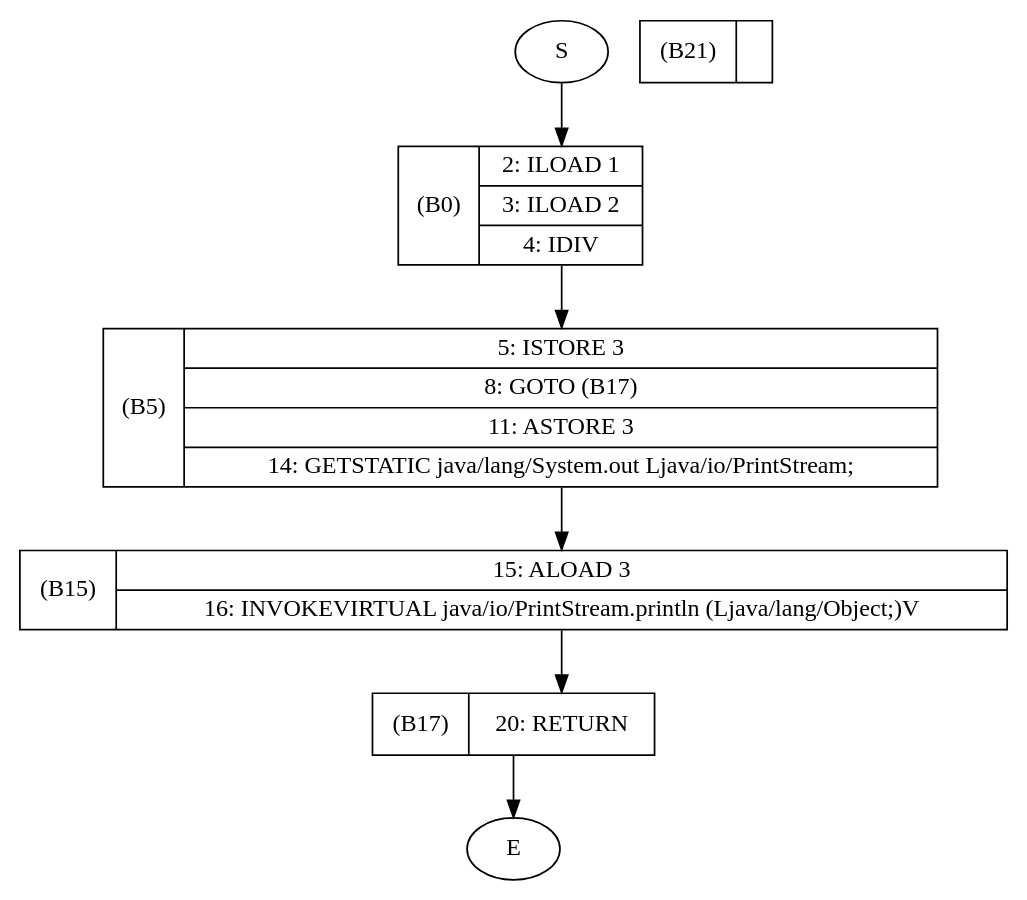
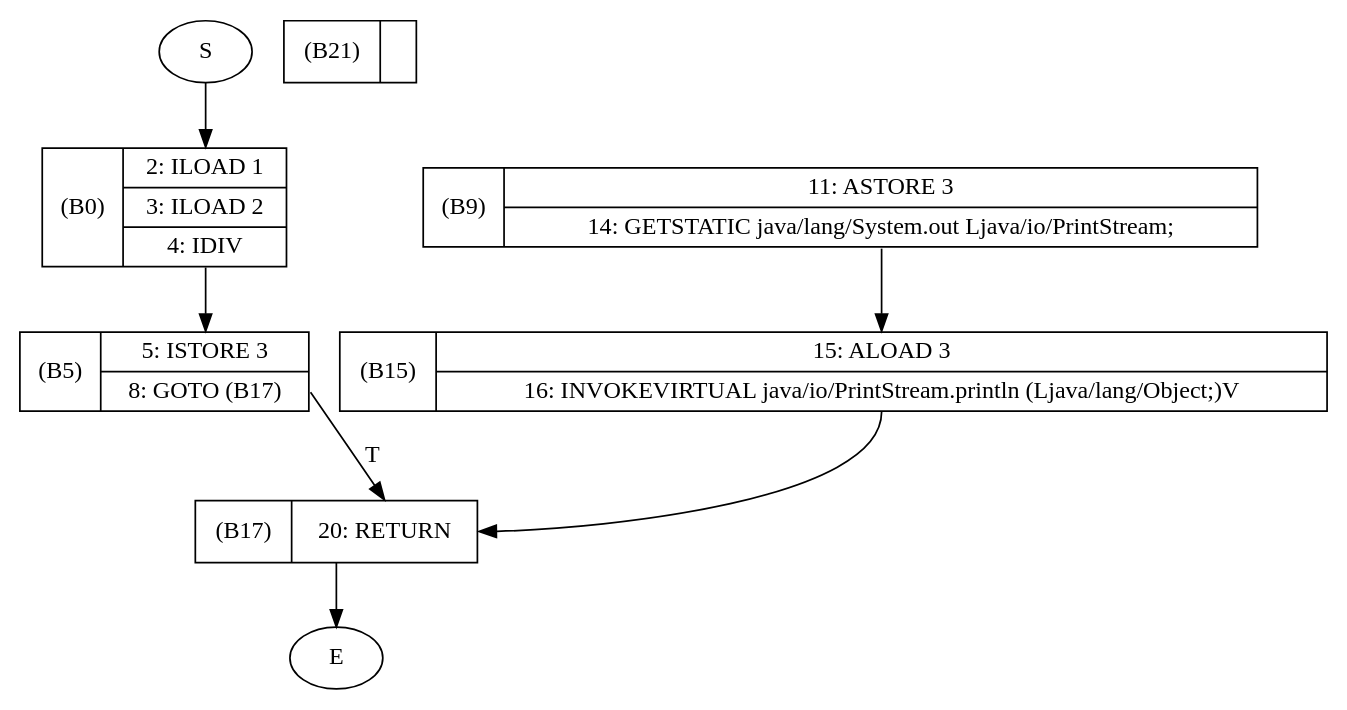
The diagram in ExampleClass_catchOne.gv (giacomo-dr/SpLab05), drawn with Graphviz before and after one commit. The commit also changed 1 other file, not shown here.

```diff
--- a/ExampleClass_catchOne.gv
+++ b/ExampleClass_catchOne.gv
@@ -1,35 +1,41 @@
 digraph ExampleClass_catchOne {
 	node [shape=record]
 	S [label="S", shape=ellipse]
 	S:<bottom> -> B0:<top> [label=""]
 
 	B0 [
 		label="\(B0\) | { <top> 2: ILOAD 1 |3: ILOAD 2 | <bottom> 4: IDIV  }"
 		]
 
 	B0:<bottom> -> B5:<top> [label=""]
 
 	B17 [
 		label="\(B17\) | { <top> 20: RETURN  }"
 		]
 
 	B17:<bottom> -> E:<top> [label=""]
 
 	B5 [
-		label="\(B5\) | { <top> 5: ISTORE 3 |8: GOTO (B17) |11: ASTORE 3 | <bottom> 14: GETSTATIC java/lang/System.out Ljava/io/PrintStream; }"
+		label="\(B5\) | { <top> 5: ISTORE 3 | <bottom> 8: GOTO (B17) }"
 		]
 
-	B5:<bottom> -> B15:<top> [label=""]
+	B5:<bottom> -> B17:<top> [label="T"]
 
 	B21 [
 		label="\(B21\) | { <top>  }"
 		]
 
 	E [label="E", shape=ellipse]
+	B9 [
+		label="\(B9\) | { <top> 11: ASTORE 3 | <bottom> 14: GETSTATIC java/lang/System.out Ljava/io/PrintStream; }"
+		]
+
+	B9:<bottom> -> B15:<top> [label=""]
+
 	B15 [
 		label="\(B15\) | { <top> 15: ALOAD 3 | <bottom> 16: INVOKEVIRTUAL java/io/PrintStream.println (Ljava/lang/Object;)V }"
 		]
 
 	B15:<bottom> -> B17:<top> [label=""]
 
 }
```
